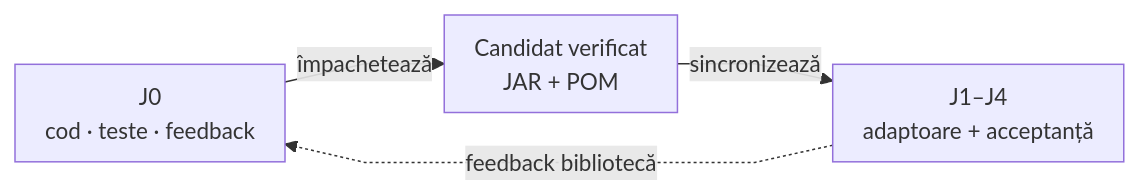
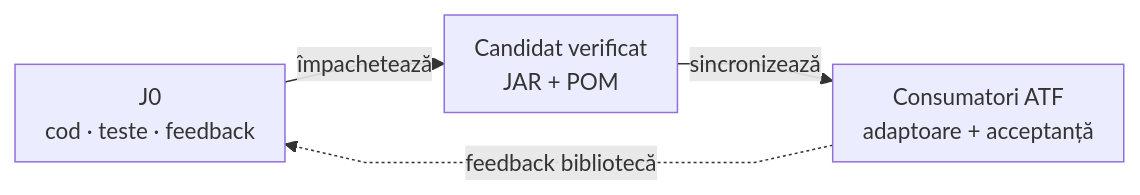
The diagram in lib/README.md (crististefanita/atf_j0), drawn with Mermaid before and after one commit. The commit also changed other lines of this file and 5 other files, not shown here.

````diff
--- a/lib/README.md
+++ b/lib/README.md
@@ -29,7 +29,7 @@
 ```mermaid
 %%{init: {"themeVariables":{"fontSize":"15px"},"themeCSS":".nodeLabel, .nodeLabel p { font-size: 15px !important; line-height: 1.35 !important; } .edgeLabel, .edgeLabel p { font-size: 12px !important; font-weight: 400 !important; line-height: 1.2 !important; } .edgeLabel .labelBkg, .edgeLabel p { background: transparent !important; } .edgeLabel foreignObject { transform: translateY(-18px); overflow: visible; } .node rect { rx: 6px; ry: 6px; }","flowchart":{"curve":"linear","nodeSpacing":24,"rankSpacing":16,"padding":10,"diagramPadding":16}}}%%
 flowchart LR
     Owner["J0<br/>cod · teste · feedback"] -->|împachetează| Pair["Candidat verificat<br/>JAR + POM"]
-    Pair -->|sincronizează| Consumer["J1–J4<br/>adaptoare + acceptanță"]
+    Pair -->|sincronizează| Consumer["Consumatori ATF<br/>adaptoare + acceptanță"]
     Consumer -.->|feedback bibliotecă| Owner
 ```
````
